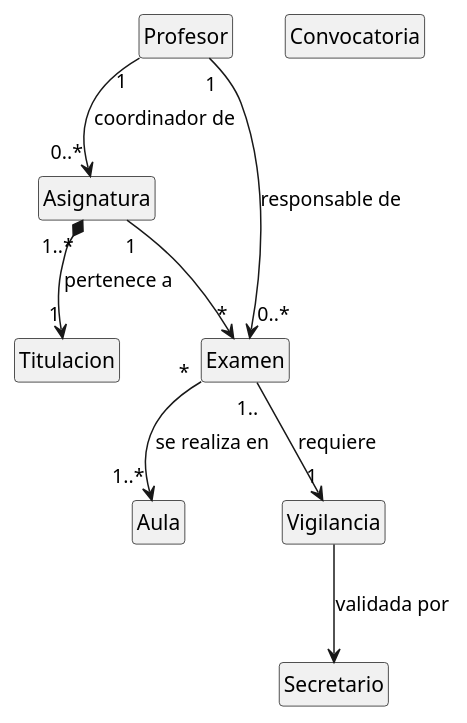
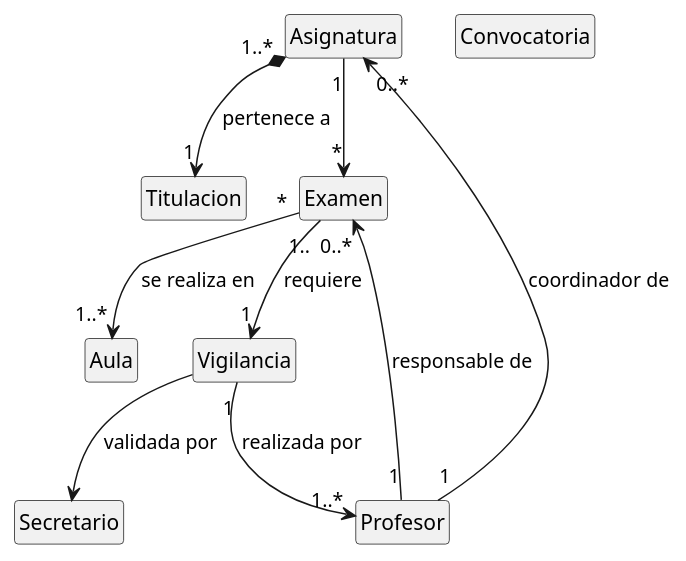
The diagram in p2-1.puml (jjrp1/PDS), drawn with PlantUML before and after one commit.

```diff
--- a/p2-1.puml
+++ b/p2-1.puml
@@ -2,29 +2,32 @@
 @startuml
 hide empty fields 
 hide empty attributes 
 hide empty methods
 hide empty members
 hide circle
 
 class Titulacion 
 class Aula 
 class Asignatura 
 class Examen 
 class Profesor 
 
 class Secretario
 class Convocatoria 
 class Vigilancia  
 
 Asignatura  "1..*" *--> "1" Titulacion : pertenece a 
 Asignatura "1" --> "*" Examen
 
 Profesor "1" --> "0..*" Asignatura : coordinador de 
 Profesor "1" --> "0..*" Examen : responsable de
 
+
+
 Examen "*" --> "1..*" Aula : se realiza en 
 Examen "1.." --> "1" Vigilancia : requiere 
 
+Vigilancia "1" --> "1..*" Profesor : realizada por 
 Vigilancia --> Secretario : validada por
 
 @enduml
```
